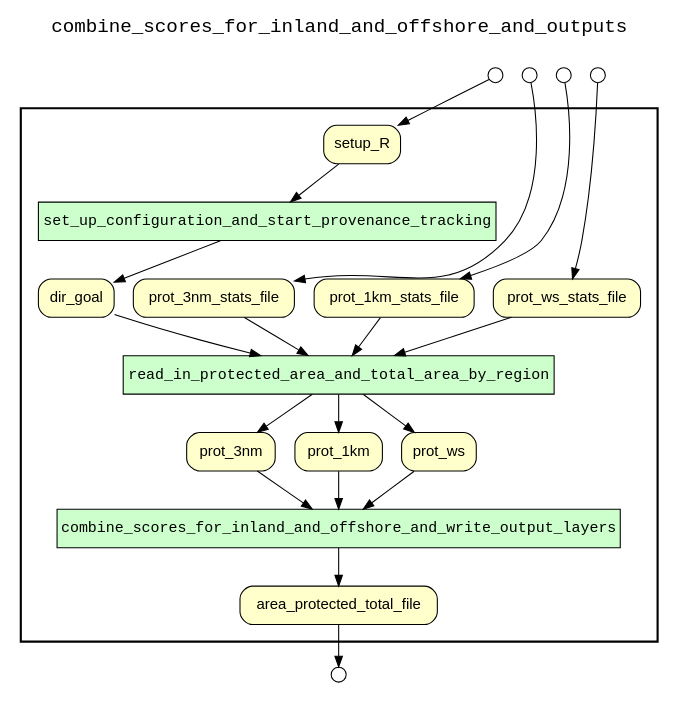
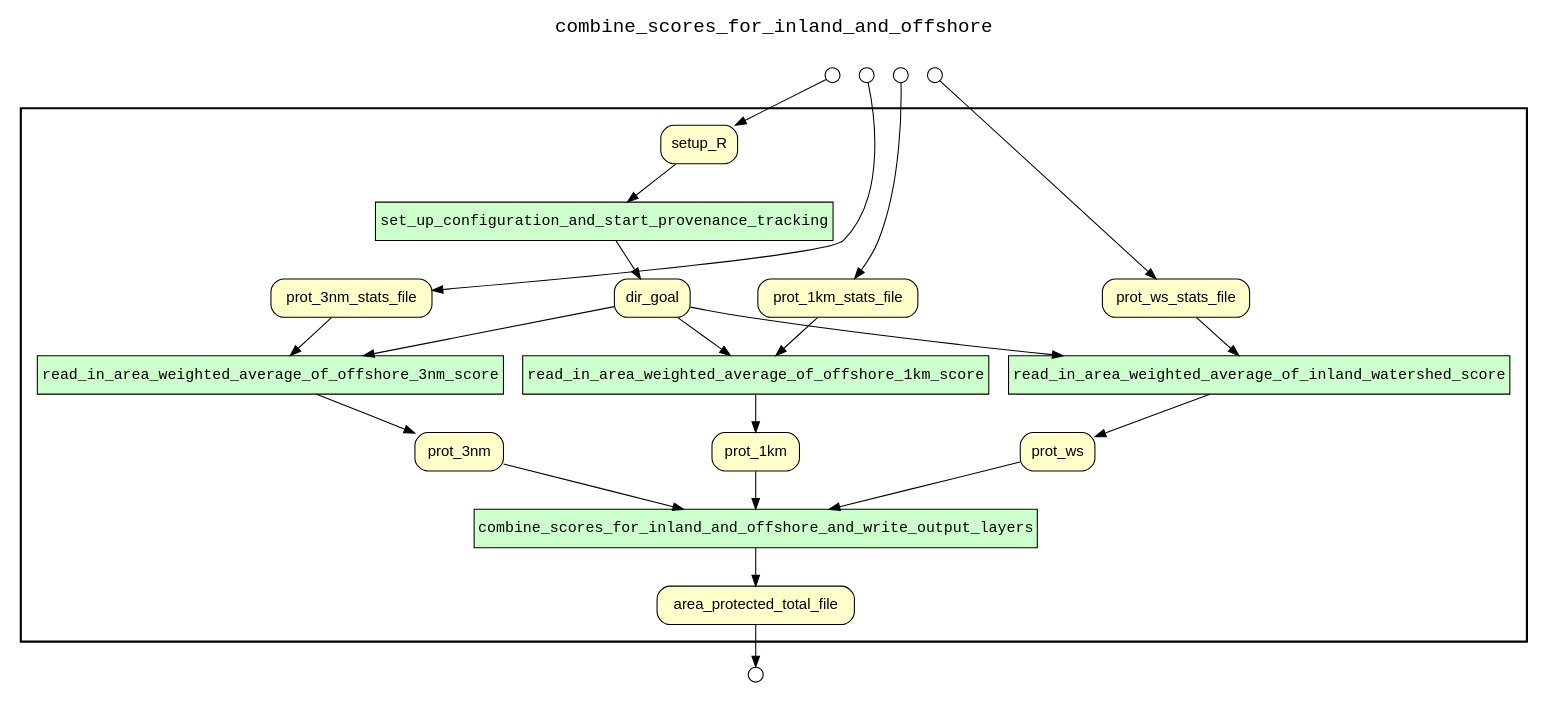
Before and after one commit to sycao5/runManager-multipleRuns: the diagram in examples/OHIBC_Howe_Sound/hybrid provenance queries/examples/combine_inland_and_offshore/results/complete_wf_graph.gv, drawn with Graphviz. The commit also changed 67 other files, not shown here.

Commit message:
Update hybrid provenance results for lsp_zonal_stats.R, estimate_status_and_trend_by_year.R, and combine_inland_and_offshore.R

```diff
--- a/examples/OHIBC_Howe_Sound/hybrid provenance queries/examples/combine_inland_and_offshore/results/complete_wf_graph.gv
+++ b/examples/OHIBC_Howe_Sound/hybrid provenance queries/examples/combine_inland_and_offshore/results/complete_wf_graph.gv
@@ -1,56 +1,60 @@
 
 digraph yw_data_view {
 rankdir=TB
 fontname=Courier; fontsize=18; labelloc=t
-label="combine_scores_for_inland_and_offshore_and_outputs"
+label="combine_scores_for_inland_and_offshore"
 subgraph cluster_workflow { label=""; color=black; penwidth=2
 subgraph cluster_workflow_inner { label=""; color=white
 node[shape=box style="filled" fillcolor="#CCFFCC" peripheries=1 fontname=Courier]
 set_up_configuration_and_start_provenance_tracking
-read_in_protected_area_and_total_area_by_region
+read_in_area_weighted_average_of_offshore_3nm_score
+read_in_area_weighted_average_of_offshore_1km_score
+read_in_area_weighted_average_of_inland_watershed_score
 combine_scores_for_inland_and_offshore_and_write_output_layers
 node[shape=box style="filled" fillcolor="#CCFFCC" peripheries=1 fontname=Courier]
 node[shape=box style="rounded,filled" fillcolor="#FFFFCC" peripheries=1 fontname=Helvetica]
 setup_R
 dir_goal
 prot_3nm_stats_file
+prot_3nm
 prot_1km_stats_file
+prot_1km
 prot_ws_stats_file
-prot_3nm
-prot_1km
 prot_ws
 area_protected_total_file
 node[shape=box style="rounded,filled" fillcolor="#FFFFFF" peripheries=1 fontname=Helvetica]
 }}
 subgraph cluster_inflows { label=""; color=white; penwidth=2
 subgraph cluster_inflows_inner { label=""; color=white
 node[shape=circle fillcolor="#FFFFFF" peripheries=1 width=0.2]
 setup_R_inflow [label=""]
 prot_3nm_stats_file_inflow [label=""]
 prot_1km_stats_file_inflow [label=""]
 prot_ws_stats_file_inflow [label=""]
 }}
 subgraph cluster_outflows { label=""; color=white; penwidth=2
 subgraph cluster_outflows_inner { label=""; color=white
 node[shape=circle fillcolor="#FFFFFF" peripheries=1 width=0.2]
 area_protected_total_file_outflow [label=""]
 }}
 setup_R -> set_up_configuration_and_start_provenance_tracking
-dir_goal -> read_in_protected_area_and_total_area_by_region
-prot_3nm_stats_file -> read_in_protected_area_and_total_area_by_region
-prot_1km_stats_file -> read_in_protected_area_and_total_area_by_region
-prot_ws_stats_file -> read_in_protected_area_and_total_area_by_region
+dir_goal -> read_in_area_weighted_average_of_offshore_3nm_score
+dir_goal -> read_in_area_weighted_average_of_offshore_1km_score
+dir_goal -> read_in_area_weighted_average_of_inland_watershed_score
+prot_3nm_stats_file -> read_in_area_weighted_average_of_offshore_3nm_score
 prot_3nm -> combine_scores_for_inland_and_offshore_and_write_output_layers
+prot_1km_stats_file -> read_in_area_weighted_average_of_offshore_1km_score
 prot_1km -> combine_scores_for_inland_and_offshore_and_write_output_layers
+prot_ws_stats_file -> read_in_area_weighted_average_of_inland_watershed_score
 prot_ws -> combine_scores_for_inland_and_offshore_and_write_output_layers
 set_up_configuration_and_start_provenance_tracking -> dir_goal
-read_in_protected_area_and_total_area_by_region -> prot_3nm
-read_in_protected_area_and_total_area_by_region -> prot_1km
-read_in_protected_area_and_total_area_by_region -> prot_ws
+read_in_area_weighted_average_of_offshore_3nm_score -> prot_3nm
+read_in_area_weighted_average_of_offshore_1km_score -> prot_1km
+read_in_area_weighted_average_of_inland_watershed_score -> prot_ws
 combine_scores_for_inland_and_offshore_and_write_output_layers -> area_protected_total_file
 setup_R_inflow -> setup_R
 prot_3nm_stats_file_inflow -> prot_3nm_stats_file
 prot_1km_stats_file_inflow -> prot_1km_stats_file
 prot_ws_stats_file_inflow -> prot_ws_stats_file
 area_protected_total_file -> area_protected_total_file_outflow
 }
```
